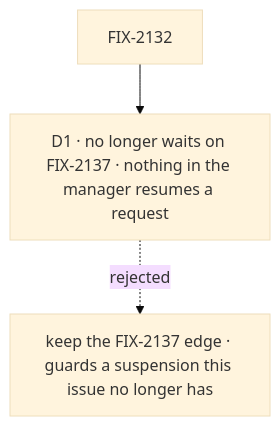
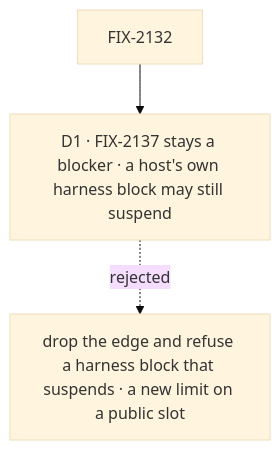
Before and after one commit to fixpoint-labs/flow-state-dev: the diagram in specs/issues/FIX-2132/DECISIONS.md, drawn with Mermaid (base theme). The commit also changed other lines of this file and 3 other files, not shown here.

First line of the commit message:
spec(FIX-2132): FIX-2137 stays a blocker; a guarded one-shot legacy marker fallback

````diff
--- a/specs/issues/FIX-2132/DECISIONS.md
+++ b/specs/issues/FIX-2132/DECISIONS.md
@@ -13,5 +13,5 @@
 ```mermaid
 flowchart TD
-  I["FIX-2132"] --> D1["D1 · no longer waits on FIX-2137 · nothing in the manager resumes a request"]
-  D1 -.->|"rejected"| X1["keep the FIX-2137 edge · guards a suspension this issue no longer has"]
+  I["FIX-2132"] --> D1["D1 · FIX-2137 stays a blocker · a host's own harness block may still suspend"]
+  D1 -.->|"rejected"| X1["drop the edge and refuse a harness block that suspends · a new limit on a public slot"]
 ```
````
